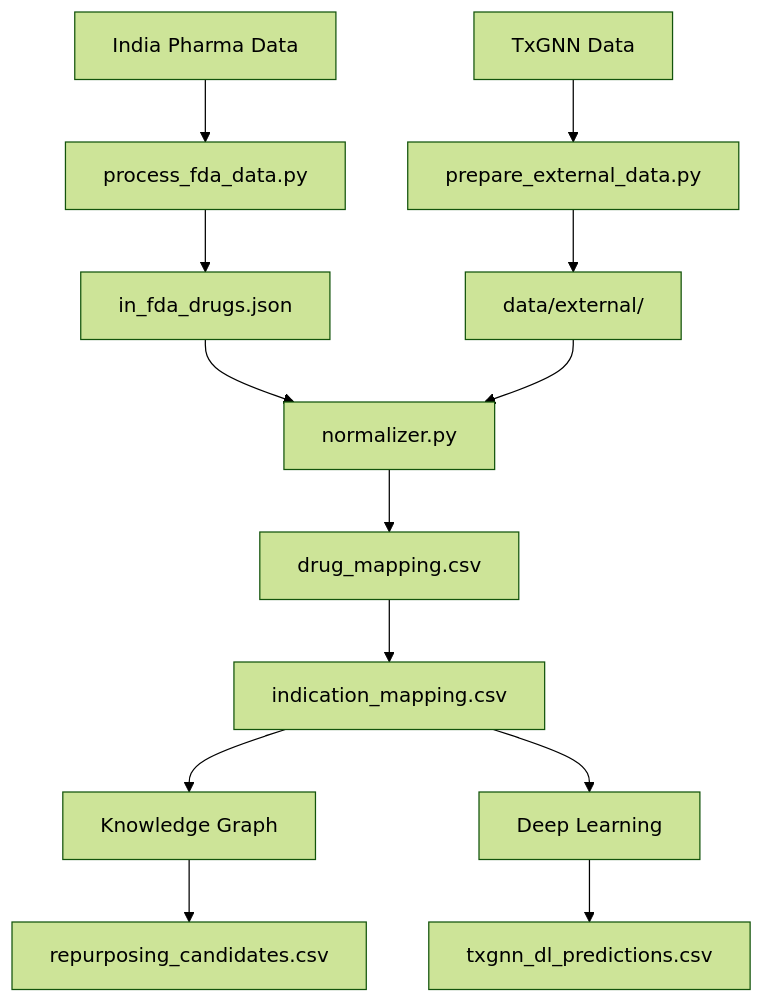
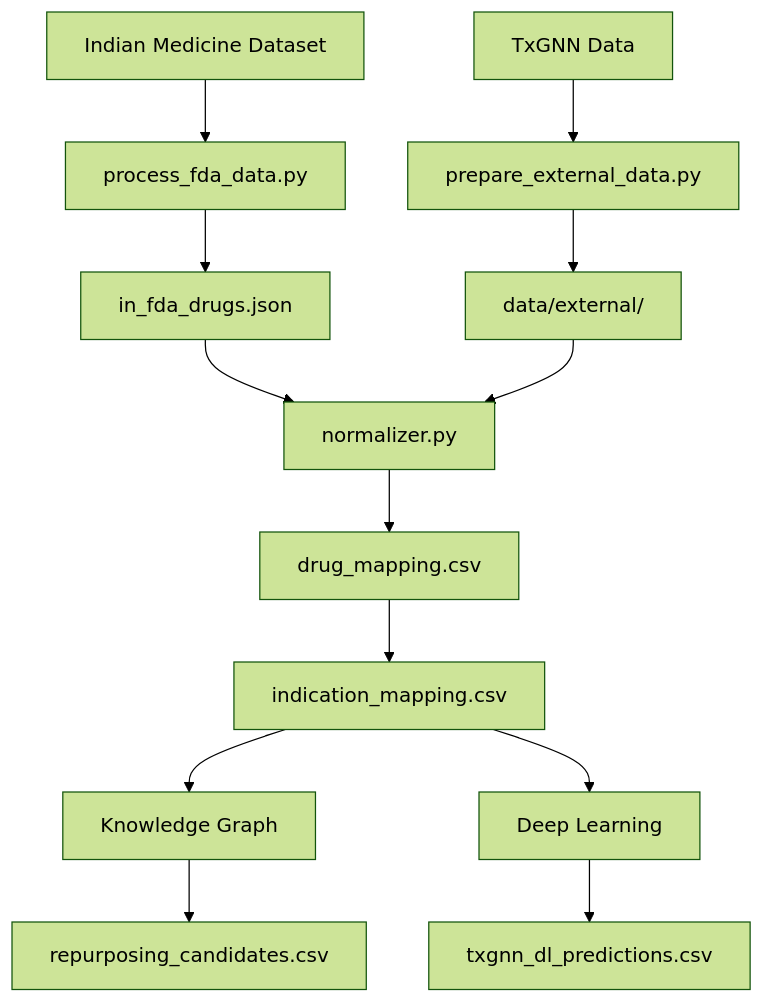
One commit to yao-care/InTxGNN changed the second of 2 diagrams in README.md. Above: the diagram before and after it, drawn with Mermaid (forest theme). The commit also changed other lines of this file and 2 other files, not shown here.

First line of the commit message:
其餘資料來源描述改寫實際資料集：CDSCO → Indian Medicine Dataset

````diff
--- a/README.md
+++ b/README.md
@@ -303,20 +303,20 @@
 ```mermaid
 flowchart TD
-    FDA["India Pharma Data"] --> proc["process_fda_data.py"]
+    FDA["Indian Medicine Dataset"] --> proc["process_fda_data.py"]
     TxGNN["TxGNN Data"] --> prep["prepare_external_data.py"]
 
     proc --> json["in_fda_drugs.json"]
     prep --> ext["data/external/"]
 
     json --> norm["normalizer.py"]
     ext --> norm
 
     norm --> drug_map["drug_mapping.csv"]
     drug_map --> ind_map["indication_mapping.csv"]
 
     ind_map --> KG["Knowledge Graph"]
     ind_map --> DL["Deep Learning"]
 
     KG --> kg_out["repurposing_candidates.csv"]
     DL --> dl_out["txgnn_dl_predictions.csv"]
 ```
````
